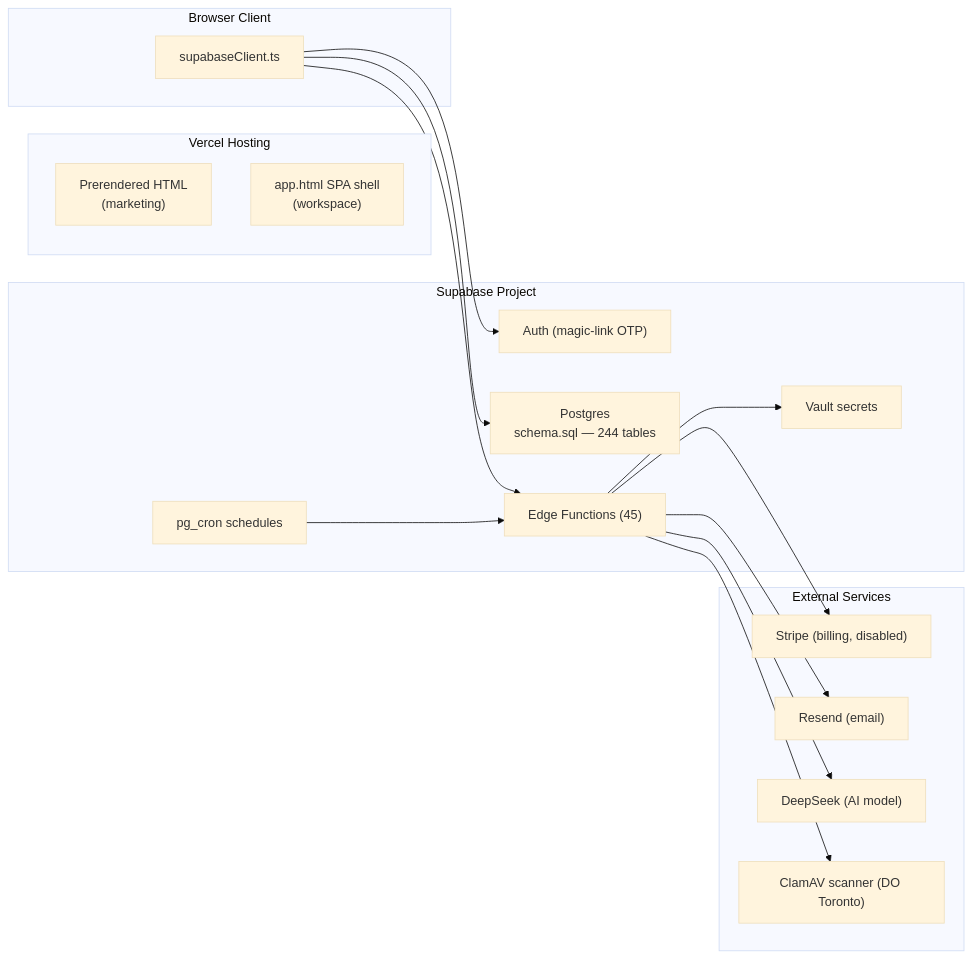
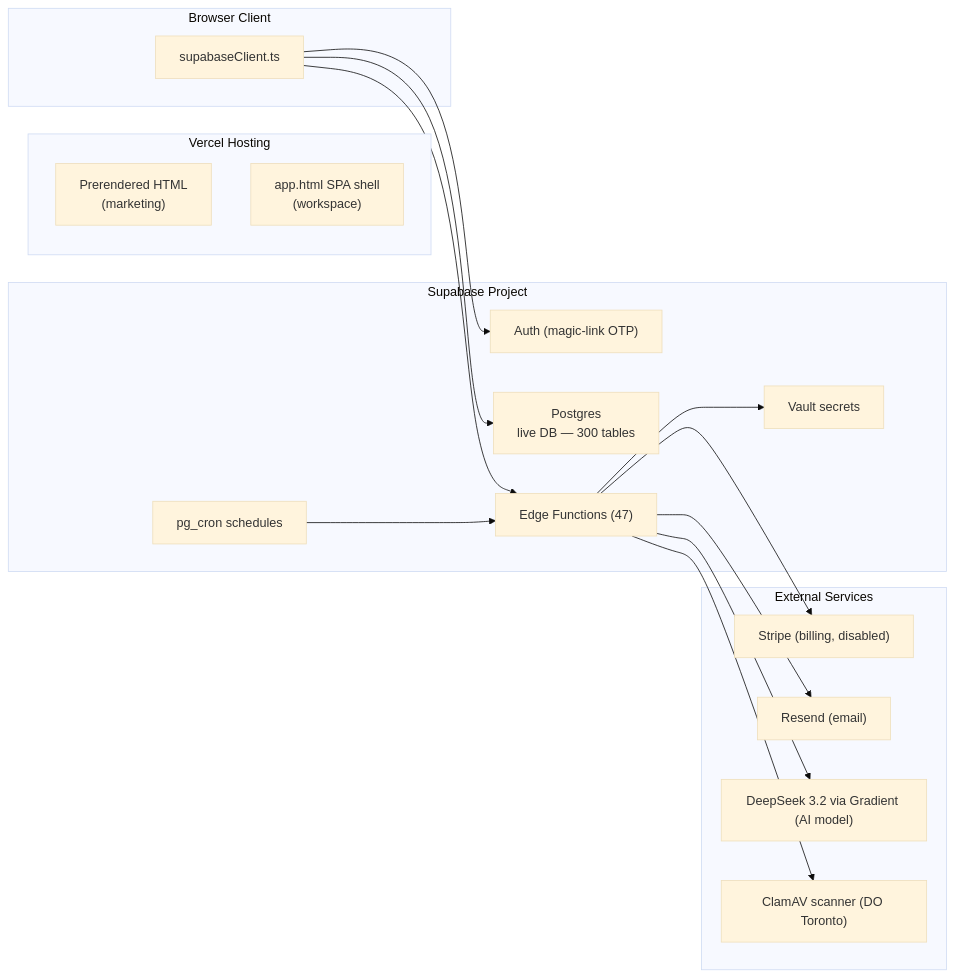
Before and after one commit to Dutiva-Canada/Dutiva_Web: the third of 3 diagrams in docs/wiki/Home.md, drawn with Mermaid (base theme). The commit also changed other lines of this file and 107 other files, not shown here.

````diff
--- a/docs/wiki/Home.md
+++ b/docs/wiki/Home.md
@@ -263,36 +263,36 @@
 ```mermaid
 graph LR
     subgraph Client["Browser Client"]
         SC["supabaseClient.ts"]
     end
 
     subgraph Vercel["Vercel Hosting"]
         STATIC["Prerendered HTML<br>(marketing)"]
         SPA["app.html SPA shell<br>(workspace)"]
     end
 
     subgraph Supabase["Supabase Project"]
         AUTH["Auth (magic-link OTP)"]
-        DB["Postgres<br>schema.sql — 244 tables"]
-        EDGE["Edge Functions (45)"]
+        DB["Postgres<br>live DB — 300 tables"]
+        EDGE["Edge Functions (47)"]
         VAULT["Vault secrets"]
         CRON["pg_cron schedules"]
     end
 
     subgraph External["External Services"]
         STRIPE["Stripe (billing, disabled)"]
         RESEND["Resend (email)"]
-        DEEPSEEK["DeepSeek (AI model)"]
+        DEEPSEEK["DeepSeek 3.2 via Gradient (AI model)"]
         CLAMAV["ClamAV scanner (DO Toronto)"]
     end
 
     SC --> AUTH
     SC --> DB
     SC --> EDGE
     EDGE --> VAULT
     EDGE --> STRIPE
     EDGE --> RESEND
     EDGE --> DEEPSEEK
     CRON --> EDGE
     EDGE --> CLAMAV
 ```
````
